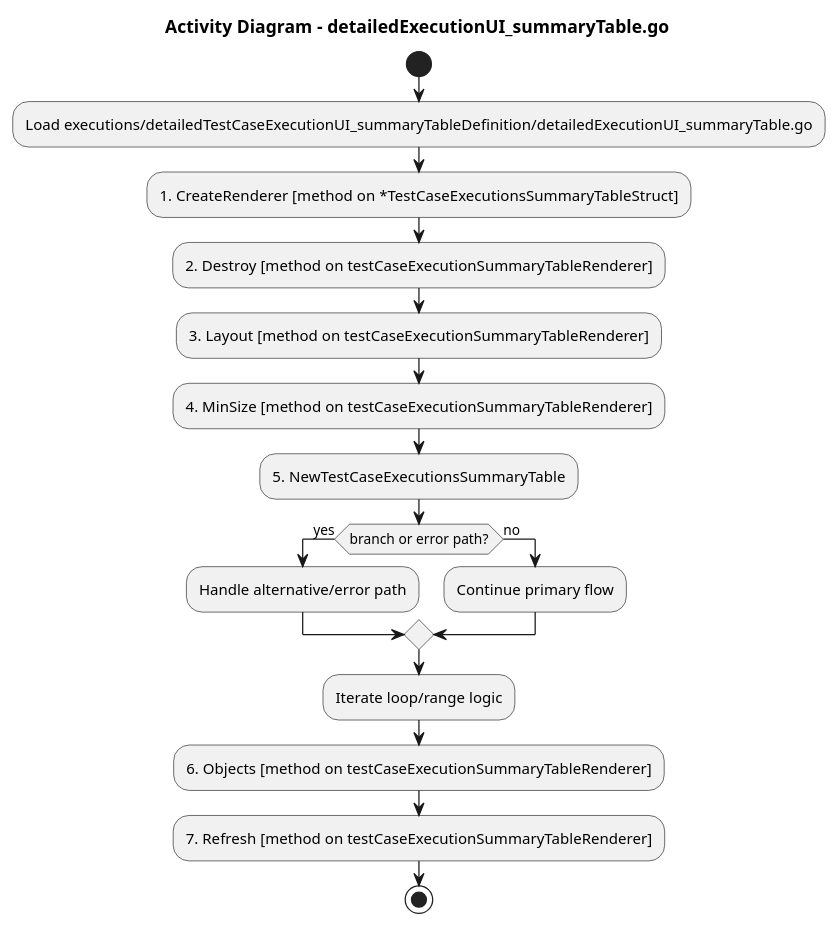
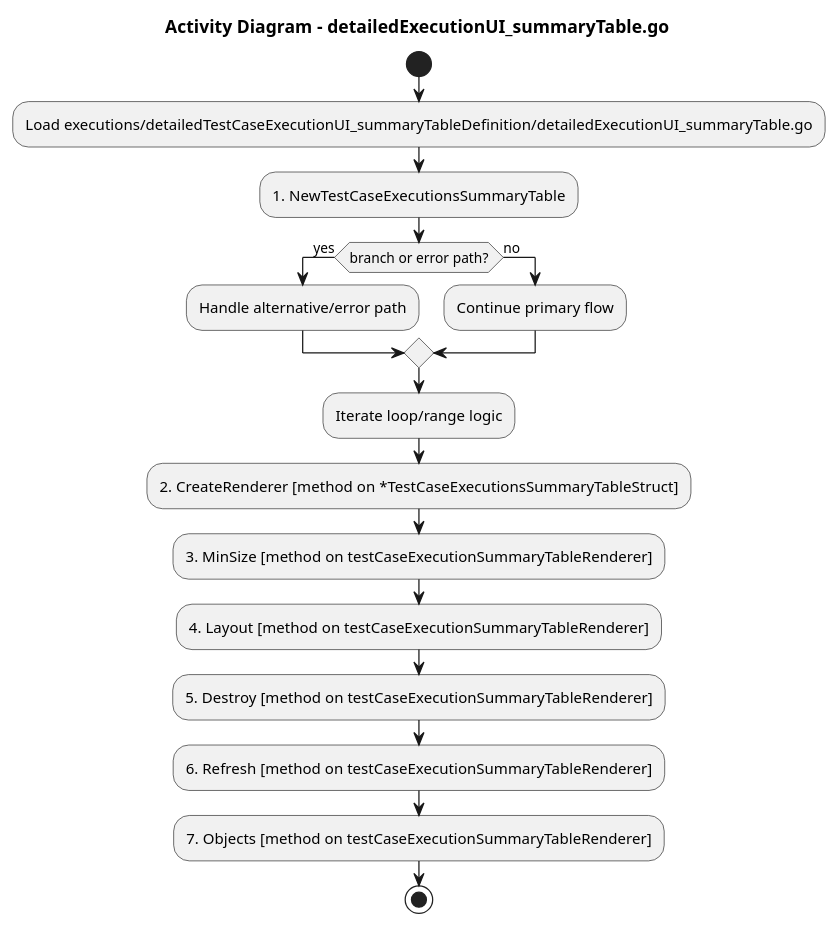
One commit to jlambert68/FenixTesterGui changed the diagram in executions/detailedTestCaseExecutionUI_summaryTableDefinition/docs/detailedExecutionUI_summaryTable_activity.puml. Above: the diagram before and after it, drawn with PlantUML. The commit also changed 707 other files, not shown here.

Commit message:
Added md-files, activity-diagrams and sequence-diagrams for all go-files, v3

```diff
--- a/executions/detailedTestCaseExecutionUI_summaryTableDefinition/docs/detailedExecutionUI_summaryTable_activity.puml
+++ b/executions/detailedTestCaseExecutionUI_summaryTableDefinition/docs/detailedExecutionUI_summaryTable_activity.puml
@@ -1,19 +1,19 @@
 @startuml
 title Activity Diagram - detailedExecutionUI_summaryTable.go
 start
 :Load executions/detailedTestCaseExecutionUI_summaryTableDefinition/detailedExecutionUI_summaryTable.go;
-:1. CreateRenderer [method on *TestCaseExecutionsSummaryTableStruct];
-:2. Destroy [method on testCaseExecutionSummaryTableRenderer];
-:3. Layout [method on testCaseExecutionSummaryTableRenderer];
-:4. MinSize [method on testCaseExecutionSummaryTableRenderer];
-:5. NewTestCaseExecutionsSummaryTable;
+:1. NewTestCaseExecutionsSummaryTable;
 if (branch or error path?) then (yes)
 :Handle alternative/error path;
 else (no)
 :Continue primary flow;
 endif
 :Iterate loop/range logic;
-:6. Objects [method on testCaseExecutionSummaryTableRenderer];
-:7. Refresh [method on testCaseExecutionSummaryTableRenderer];
+:2. CreateRenderer [method on *TestCaseExecutionsSummaryTableStruct];
+:3. MinSize [method on testCaseExecutionSummaryTableRenderer];
+:4. Layout [method on testCaseExecutionSummaryTableRenderer];
+:5. Destroy [method on testCaseExecutionSummaryTableRenderer];
+:6. Refresh [method on testCaseExecutionSummaryTableRenderer];
+:7. Objects [method on testCaseExecutionSummaryTableRenderer];
 stop
 @enduml
```
